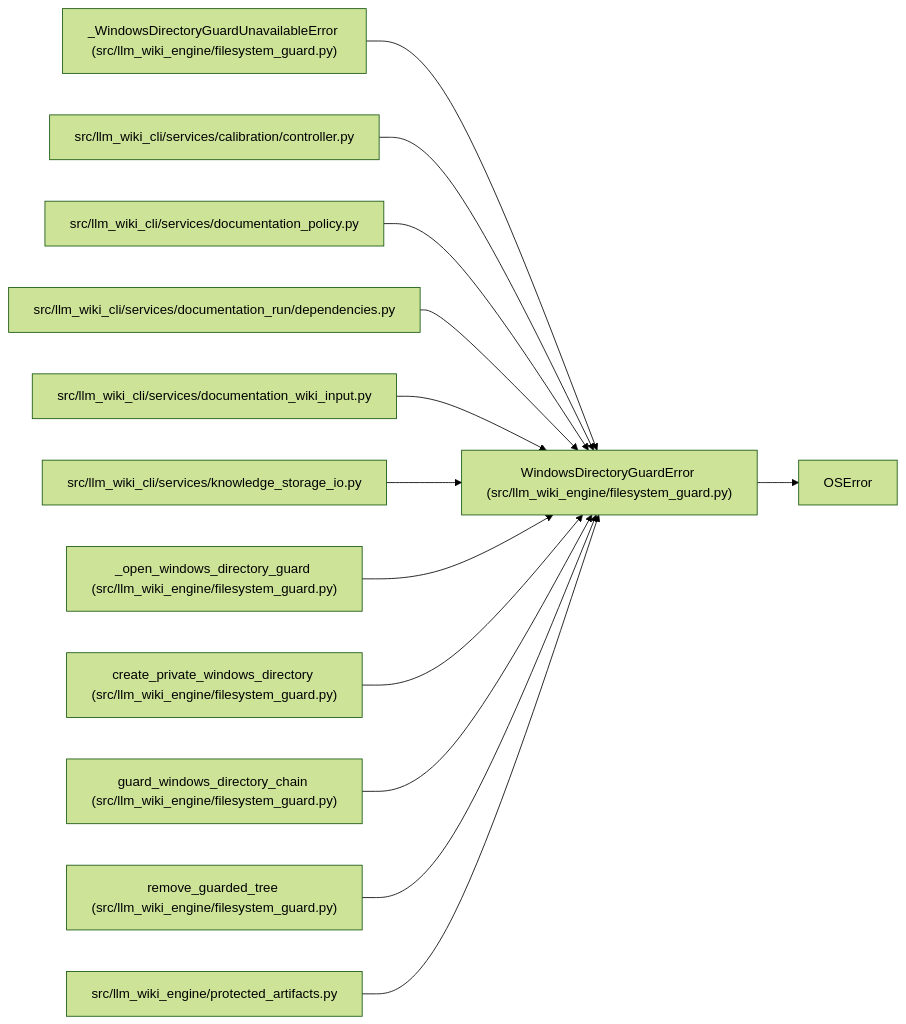
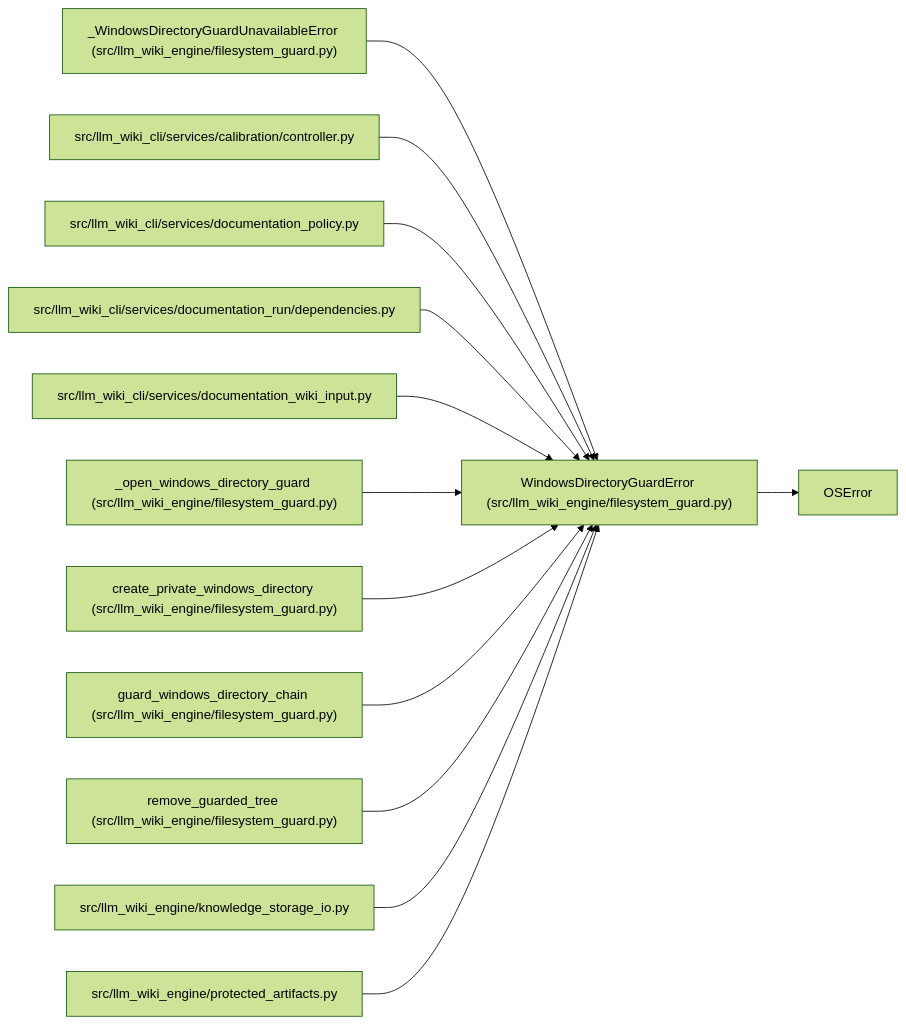
Before and after one commit to Denissvgn/python-wiki-llm: the diagram in docs/llm_wiki/entities/WindowsDirectoryGuardError.md, drawn with Mermaid (forest theme). The commit also changed 1058 other files, not shown here.

First line of the commit message:
docs: refresh the wiki for the knowledge store move

````diff
--- a/docs/llm_wiki/entities/WindowsDirectoryGuardError.md
+++ b/docs/llm_wiki/entities/WindowsDirectoryGuardError.md
@@ -23,40 +23,40 @@
 ```mermaid
 flowchart LR
     n0["WindowsDirectoryGuardError (src/llm_wiki_engine/filesystem_guard.py)"]
     n1["OSError"]
     n2["_WindowsDirectoryGuardUnavailableError (src/llm_wiki_engine/filesystem_guard.py)"]
     n3["src/llm_wiki_cli/services/calibration/controller.py"]
     n4["src/llm_wiki_cli/services/documentation_policy.py"]
     n5["src/llm_wiki_cli/services/documentation_run/dependencies.py"]
     n6["src/llm_wiki_cli/services/documentation_wiki_input.py"]
-    n7["src/llm_wiki_cli/services/knowledge_storage_io.py"]
-    n8["_open_windows_directory_guard (src/llm_wiki_engine/filesystem_guard.py)"]
-    n9["create_private_windows_directory (src/llm_wiki_engine/filesystem_guard.py)"]
-    n10["guard_windows_directory_chain (src/llm_wiki_engine/filesystem_guard.py)"]
-    n11["remove_guarded_tree (src/llm_wiki_engine/filesystem_guard.py)"]
+    n7["_open_windows_directory_guard (src/llm_wiki_engine/filesystem_guard.py)"]
+    n8["create_private_windows_directory (src/llm_wiki_engine/filesystem_guard.py)"]
+    n9["guard_windows_directory_chain (src/llm_wiki_engine/filesystem_guard.py)"]
+    n10["remove_guarded_tree (src/llm_wiki_engine/filesystem_guard.py)"]
+    n11["src/llm_wiki_engine/knowledge_storage_io.py"]
     n12["src/llm_wiki_engine/protected_artifacts.py"]
     n0 --> n1
     n2 --> n0
     n3 --> n0
     n4 --> n0
     n5 --> n0
     n6 --> n0
     n7 --> n0
     n8 --> n0
     n9 --> n0
     n10 --> n0
     n11 --> n0
     n12 --> n0
     click n0 "../modules/filesystem_guard.md"
     click n2 "../modules/filesystem_guard.md"
     click n3 "../modules/controller.md"
     click n4 "../modules/documentation_policy.md"
     click n5 "../modules/documentation_run_dependencies.md"
     click n6 "../modules/documentation_wiki_input.md"
-    click n7 "../modules/knowledge_storage_io.md"
+    click n7 "../modules/filesystem_guard.md"
     click n8 "../modules/filesystem_guard.md"
     click n9 "../modules/filesystem_guard.md"
     click n10 "../modules/filesystem_guard.md"
-    click n11 "../modules/filesystem_guard.md"
+    click n11 "../modules/knowledge_storage_io.md"
     click n12 "../modules/protected_artifacts.md"
 ```
````
